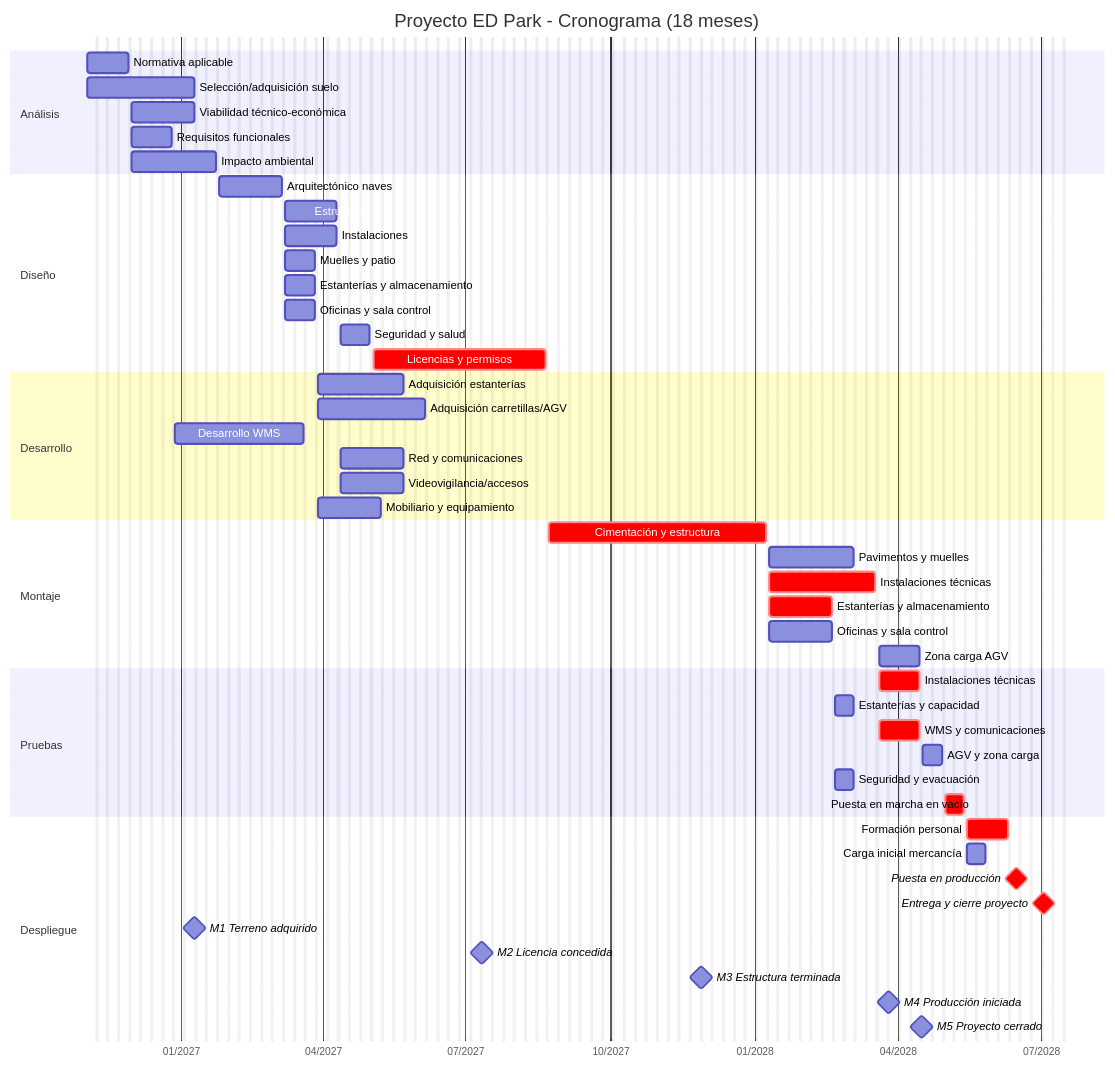
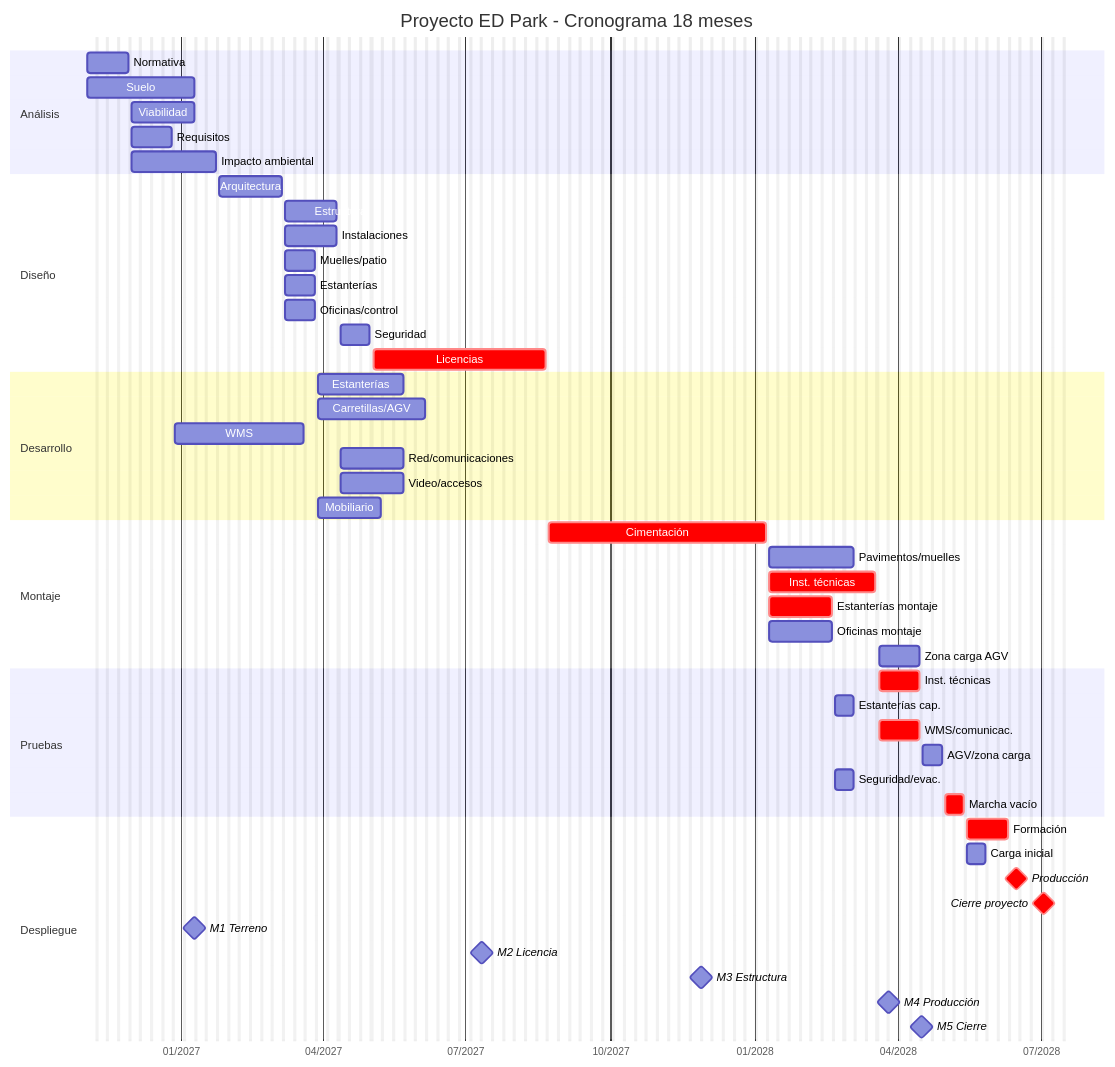
The diagram in ED_Park_Proyecto/05_Fase_4_Gestion_Proyecto/05_03_Gantt.md (ybotet/ED_Park_Proyecto), drawn with Mermaid before and after one commit. The commit also changed 2 other files, not shown here.

Commit message:
Gantt Arreglado y 05_07

````diff
--- a/ED_Park_Proyecto/05_Fase_4_Gestion_Proyecto/05_03_Gantt.md
+++ b/ED_Park_Proyecto/05_Fase_4_Gestion_Proyecto/05_03_Gantt.md
@@ -26,62 +26,62 @@
 ```mermaid
 gantt
-    title Proyecto ED Park - Cronograma (18 meses)
+    title Proyecto ED Park - Cronograma 18 meses
     dateFormat  YYYY-MM-DD
     axisFormat  %m/%Y
     todayMarker stroke-width:2,stroke:red
     excludes    weekends
 
     section Análisis
-    Normativa aplicable            :a1, 2026-11-02, 20d
-    Selección/adquisición suelo    :a2, 2026-11-02, 50d
-    Viabilidad técnico-económica   :a3, after a1, 30d
-    Requisitos funcionales         :a4, after a1, 20d
-    Impacto ambiental              :a5, after a1, 40d
+    Normativa            :a1, 2026-11-02, 20d
+    Suelo                :a2, 2026-11-02, 50d
+    Viabilidad           :a3, after a1, 30d
+    Requisitos           :a4, after a1, 20d
+    Impacto ambiental    :a5, after a1, 40d
 
     section Diseño
-    Arquitectónico naves           :d1, after a4 a5, 30d
-    Estructural                    :d2, after d1, 25d
-    Instalaciones                  :d3, after d1, 25d
-    Muelles y patio                :d4, after d1, 15d
-    Estanterías y almacenamiento   :d5, after d1, 15d
-    Oficinas y sala control        :d6, after d1, 15d
-    Seguridad y salud              :d7, after d2 d3, 15d
-    Licencias y permisos           :crit, d8, after d1 d7, 80d
+    Arquitectura         :d1, after a4 a5, 30d
+    Estructural          :d2, after d1, 25d
+    Instalaciones        :d3, after d1, 25d
+    Muelles/patio        :d4, after d1, 15d
+    Estanterías          :d5, after d1, 15d
+    Oficinas/control     :d6, after d1, 15d
+    Seguridad            :d7, after d2 d3, 15d
+    Licencias            :crit, d8, after d1 d7, 80d
 
     section Desarrollo
-    Adquisición estanterías        :dev1, after d5, 40d
-    Adquisición carretillas/AGV    :dev2, after d5, 50d
-    Desarrollo WMS                 :dev3, after a4, 60d
-    Red y comunicaciones           :dev4, after d3, 30d
-    Videovigilancia/accesos        :dev5, after d3, 30d
-    Mobiliario y equipamiento      :dev6, after d6, 30d
+    Estanterías          :dev1, after d5, 40d
+    Carretillas/AGV      :dev2, after d5, 50d
+    WMS                  :dev3, after a4, 60d
+    Red/comunicaciones   :dev4, after d3, 30d
+    Video/accesos        :dev5, after d3, 30d
+    Mobiliario           :dev6, after d6, 30d
 
     section Montaje
-    Cimentación y estructura       :crit, m1, after d8, 100d
-    Pavimentos y muelles           :m2, after m1, 40d
-    Instalaciones técnicas         :crit, m3, after m1, 50d
-    Estanterías y almacenamiento   :crit, m4, after m1 dev1, 30d
-    Oficinas y sala control        :m5, after m1 dev6, 30d
-    Zona carga AGV                 :m6, after m3 dev2, 20d
+    Cimentación          :crit, m1, after d8, 100d
+    Pavimentos/muelles   :m2, after m1, 40d
+    Inst. técnicas       :crit, m3, after m1, 50d
+    Estanterías montaje  :crit, m4, after m1 dev1, 30d
+    Oficinas montaje     :m5, after m1 dev6, 30d
+    Zona carga AGV       :m6, after m3 dev2, 20d
 
     section Pruebas
-    Instalaciones técnicas         :crit, p1, after m3, 20d
-    Estanterías y capacidad        :p2, after m4, 10d
-    WMS y comunicaciones           :crit, p3, after m3 dev3, 20d
-    AGV y zona carga               :p4, after m6 p3, 10d
-    Seguridad y evacuación         :p5, after m5 d7, 10d
-    Puesta en marcha en vacío      :crit, p6, after p1 p3 p4, 10d
+    Inst. técnicas       :crit, p1, after m3, 20d
+    Estanterías cap.     :p2, after m4, 10d
+    WMS/comunicac.       :crit, p3, after m3 dev3, 20d
+    AGV/zona carga       :p4, after m6 p3, 10d
+    Seguridad/evac.      :p5, after m5 d7, 10d
+    Marcha vacío         :crit, p6, after p1 p3 p4, 10d
 
     section Despliegue
-    Formación personal             :crit, dp1, after p6, 20d
-    Carga inicial mercancía        :dp2, after p6, 10d
-    Puesta en producción           :crit, milestone, dp3, after dp1 dp2, 5d
-    Entrega y cierre proyecto      :crit, milestone, dp4, after dp3, 20d
+    Formación            :crit, dp1, after p6, 20d
+    Carga inicial        :dp2, after p6, 10d
+    Producción           :crit, milestone, dp3, after dp1 dp2, 5d
+    Cierre proyecto      :crit, milestone, dp4, after dp3, 20d
 
     %% Hitos
-    M1 Terreno adquirido           :milestone, m1_ms, 2027-01-09, 0d
-    M2 Licencia concedida          :milestone, m2_ms, 2027-07-11, 0d
-    M3 Estructura terminada        :milestone, m3_ms, 2027-11-28, 0d
-    M4 Producción iniciada         :milestone, m4_ms, 2028-03-26, 0d
-    M5 Proyecto cerrado            :milestone, m5_ms, 2028-04-16, 0d
+    M1 Terreno           :milestone, m1_ms, 2027-01-09, 0d
+    M2 Licencia          :milestone, m2_ms, 2027-07-11, 0d
+    M3 Estructura        :milestone, m3_ms, 2027-11-28, 0d
+    M4 Producción        :milestone, m4_ms, 2028-03-26, 0d
+    M5 Cierre            :milestone, m5_ms, 2028-04-16, 0d
 ```
````
